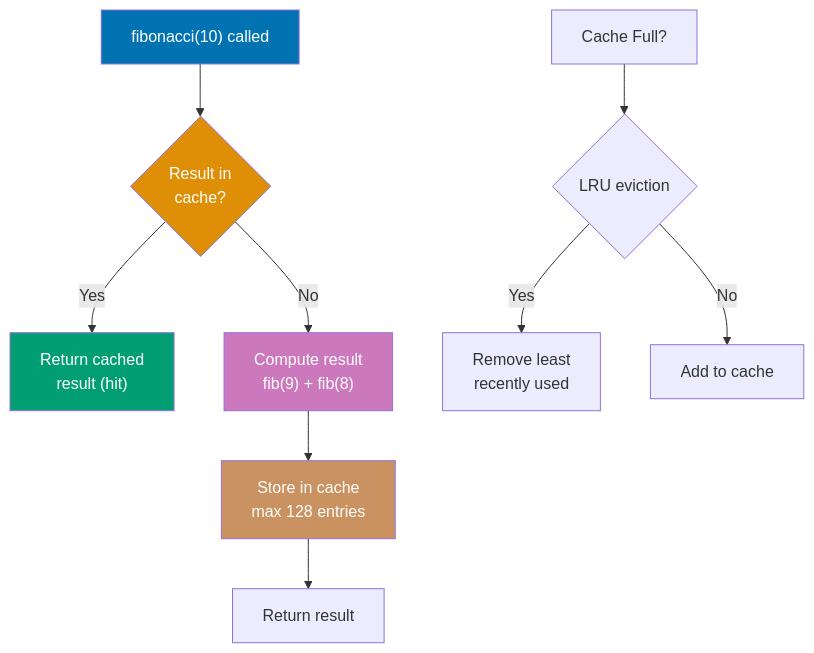
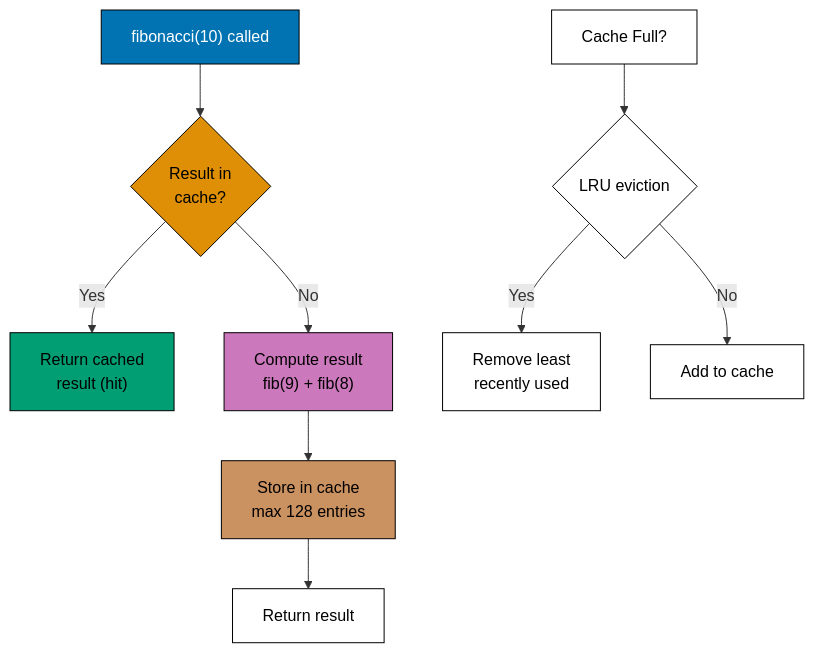
Before and after one commit to wahidyankf/ose-public: the eighth of 10 diagrams in apps/ayokoding-www/content/en/learn/legacy/software-engineering/programming-languages/python/by-example/intermediate.md, drawn with Mermaid. The commit also changed other lines of this file and 112 other files, not shown here.

First line of the commit message:
fix(mermaid): bring the legacy programming-languages diagrams onto the accessible palette

````diff
--- a/apps/ayokoding-www/content/en/learn/legacy/software-engineering/programming-languages/python/by-example/intermediate.md
+++ b/apps/ayokoding-www/content/en/learn/legacy/software-engineering/programming-languages/python/by-example/intermediate.md
@@ -894,19 +936,27 @@
 ```mermaid
 %% LRU cache mechanism
 graph TD
+    accTitle: Example 45: functools - lrucache
+    accDescr: Graph with 10 nodes and 8 connections. Nodes: fibonacci(10) called, Result in cache?, Return cached result (hit), Compute result fib(9) + fib(8), Store in cache max 128 entries, Return result, Cache Full?, LRU eviction, Remove least recently used, Add to cache. Connections: fibonacci(10) called to Result in cache?, Result in cache? to Return cached result (hit) (Yes), Result in cache? to Compute result fib(9) + fib(8) (No), Compute result fib(9) + fib(8) to Store in cache max 128 entries, Store in cache max 128 entries to Return result, Cache Full? to LRU eviction, LRU eviction to Remove least recently used (Yes), LRU eviction to Add to cache (No).
     A["fibonacci(10) called"] --> B{Result in<br/>cache?}
     B -->|Yes| C["Return cached<br/>result (hit)"]
     B -->|No| D["Compute result<br/>fib(9) + fib(8)"]
     D --> E["Store in cache<br/>max 128 entries"]
     E --> F["Return result"]
 
     G["Cache Full?"] --> H{LRU eviction}
     H -->|Yes| I["Remove least<br/>recently used"]
     H -->|No| J["Add to cache"]
 
-    style A fill:#0173B2,color:#fff
-    style B fill:#DE8F05,color:#fff
-    style C fill:#029E73,color:#fff
-    style D fill:#CC78BC,color:#fff
-    style E fill:#CA9161,color:#fff
+    classDef pal-0173B2 fill:#0173B2,stroke:#000000,color:#FFFFFF
+    class A pal-0173B2
+    classDef pal-DE8F05 fill:#DE8F05,stroke:#000000,color:#000000
+    class B pal-DE8F05
+    classDef pal-029E73 fill:#029E73,stroke:#000000,color:#000000
+    class C pal-029E73
+    classDef pal-CC78BC fill:#CC78BC,stroke:#000000,color:#000000
+    class D pal-CC78BC
+    classDef pal-CA9161 fill:#CA9161,stroke:#000000,color:#000000
+    class E pal-CA9161
+    classDef default fill:#FFFFFF,stroke:#000000,color:#000000
 ```
````
